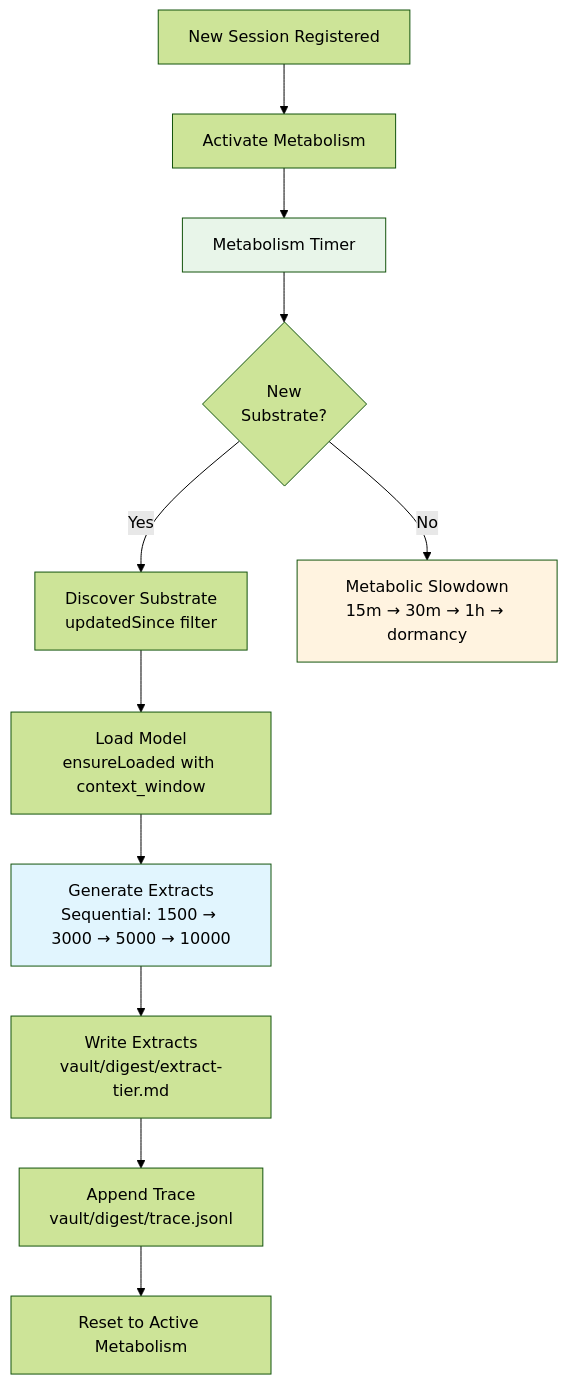
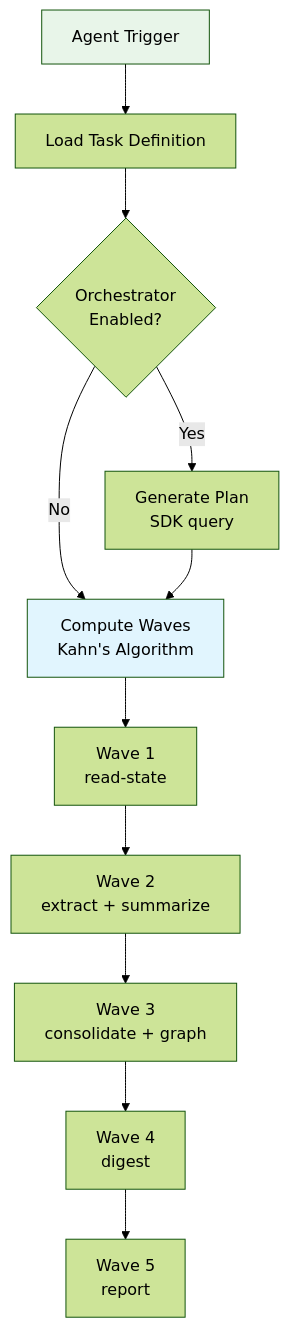
One commit to goondocks-co/myco changed the second of 8 diagrams in docs/lifecycle.md. Above: the diagram before and after it, drawn with Mermaid (forest theme). The commit also changed other lines of this file and 17 other files, not shown here.

````diff
--- a/docs/lifecycle.md
+++ b/docs/lifecycle.md
@@ -53,18 +73,16 @@
 ```mermaid
 flowchart TD
-    Timer[Metabolism Timer] --> Check{New<br/>Substrate?}
-    Check -->|Yes| Discover[Discover Substrate<br/>updatedSince filter]
-    Check -->|No| Backoff[Metabolic Slowdown<br/>15m → 30m → 1h → dormancy]
-    Discover --> Load[Load Model<br/>ensureLoaded with context_window]
-    Load --> Tiers[Generate Extracts<br/>Sequential: 1500 → 3000 → 5000 → 10000]
-    Tiers --> Write[Write Extracts<br/>vault/digest/extract-tier.md]
-    Write --> Trace[Append Trace<br/>vault/digest/trace.jsonl]
-    Trace --> Reset[Reset to Active Metabolism]
+    Trigger[Agent Trigger] --> Load[Load Task Definition]
+    Load --> Orchestrator{Orchestrator<br/>Enabled?}
+    Orchestrator -->|Yes| Plan[Generate Plan<br/>SDK query]
+    Orchestrator -->|No| Waves
+    Plan --> Waves[Compute Waves<br/>Kahn's Algorithm]
+    Waves --> W1[Wave 1<br/>read-state]
+    W1 --> W2[Wave 2<br/>extract + summarize]
+    W2 --> W3[Wave 3<br/>consolidate + graph]
+    W3 --> W4[Wave 4<br/>digest]
+    W4 --> W5[Wave 5<br/>report]
 
-    Session[New Session Registered] --> Activate[Activate Metabolism]
-    Activate --> Timer
-
-    style Timer fill:#e8f5e9
-    style Backoff fill:#fff3e0
-    style Tiers fill:#e1f5fe
+    style Trigger fill:#e8f5e9
+    style Waves fill:#e1f5fe
 ```
````
